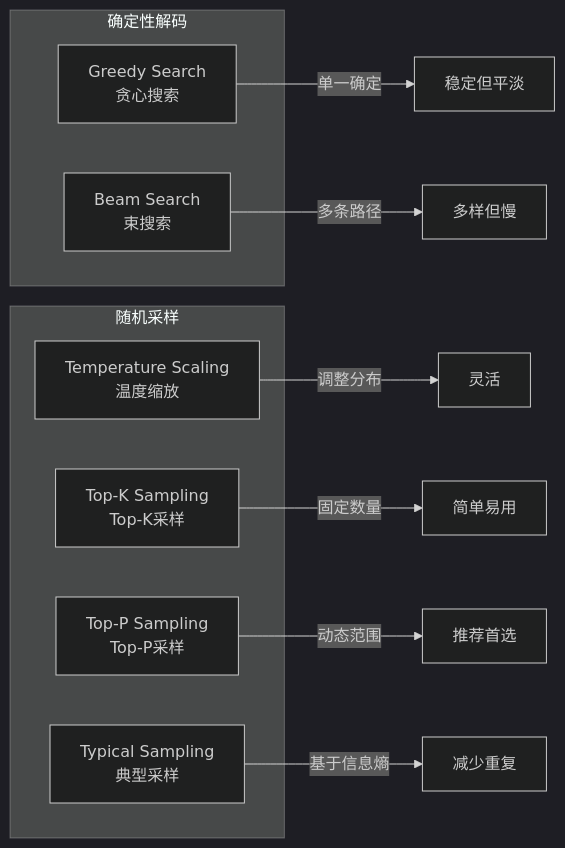
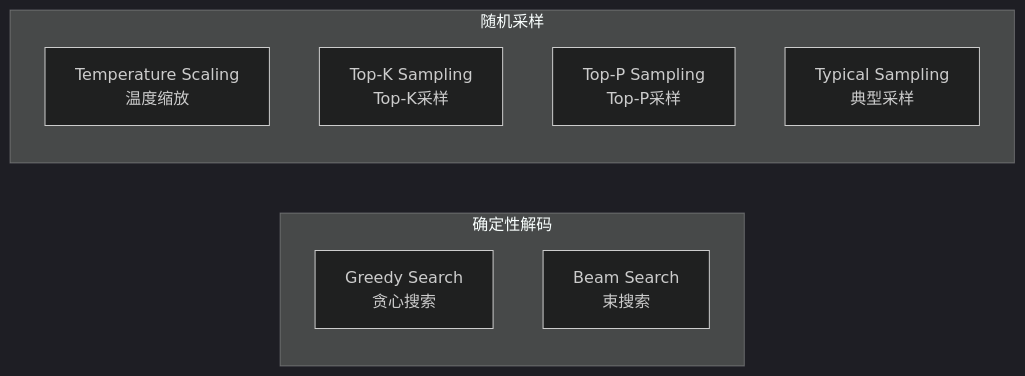
Before and after one commit to mansteinr/note-book: the second of 8 diagrams in agent/2大模型基础/8Top-K与Top-P解码策略对比.md, drawn with Mermaid (dark theme). The commit also changed other lines of this file and 1 other file, not shown here.

````diff
--- a/agent/2大模型基础/8Top-K与Top-P解码策略对比.md
+++ b/agent/2大模型基础/8Top-K与Top-P解码策略对比.md
@@ -46,21 +46,14 @@
 ```mermaid
 graph LR
     subgraph "确定性解码"
         A[Greedy Search\n贪心搜索]
         B[Beam Search\n束搜索]
     end
     
     subgraph "随机采样"
         C[Temperature Scaling\n温度缩放]
         D[Top-K Sampling\nTop-K采样]
         E[Top-P Sampling\nTop-P采样]
         F[Typical Sampling\n典型采样]
     end
-    
-    A -->|单一确定| G[稳定但平淡]
-    B -->|多条路径| H[多样但慢]
-    C -->|调整分布| I[灵活]
-    D -->|固定数量| J[简单易用]
-    E -->|动态范围| K[推荐首选]
-    F -->|基于信息熵| L[减少重复]
 ```
````
